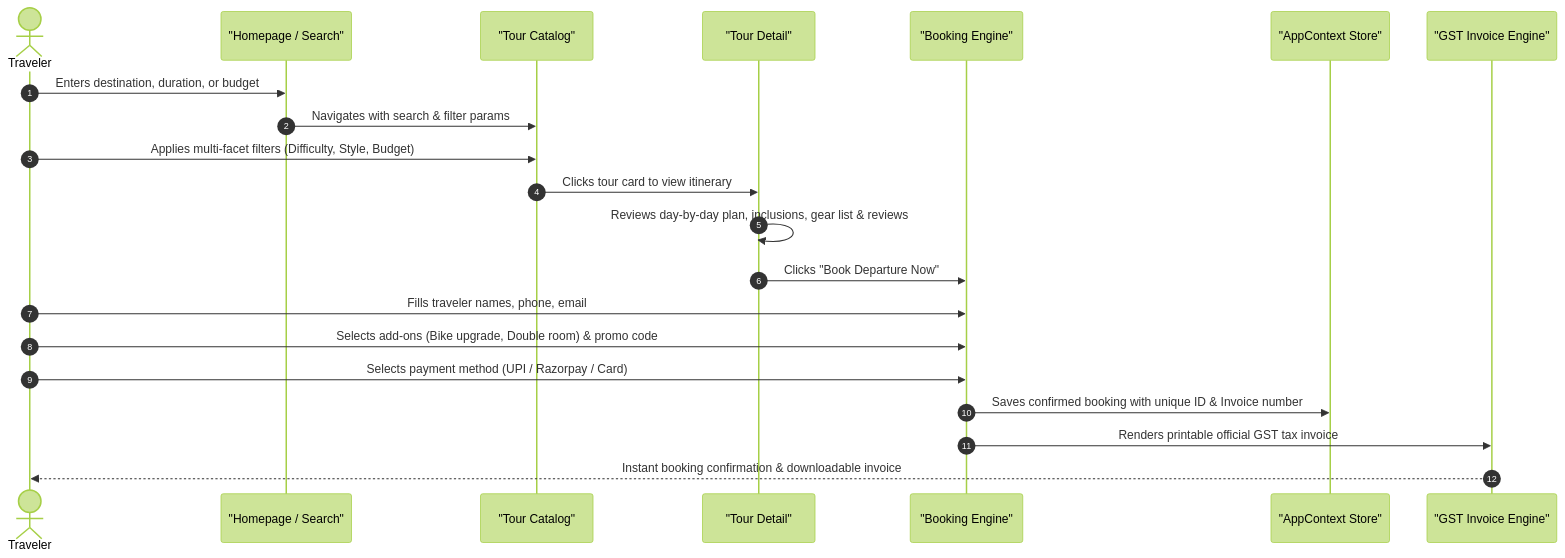
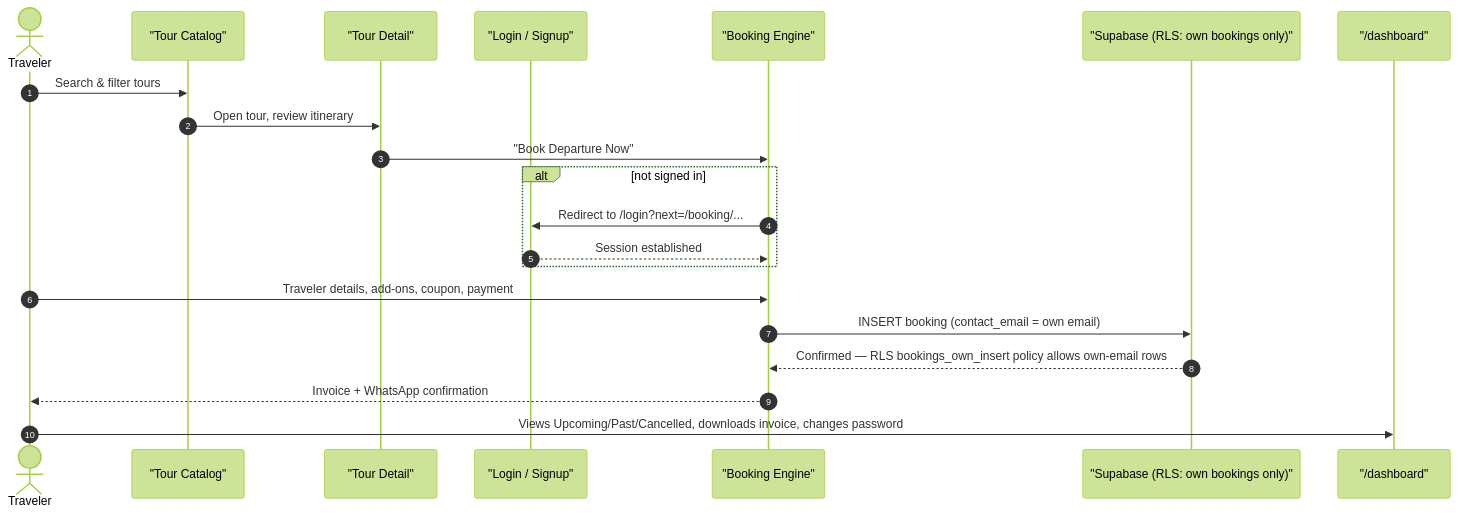
One commit to drdhavaltrivedi/humtripwale-travel changed the fifth of 7 diagrams in README.md. Above: the diagram before and after it, drawn with Mermaid (forest theme). The commit also changed other lines of this file and 25 other files, not shown here.

````diff
--- a/README.md
+++ b/README.md
@@ -219,24 +298,24 @@
 ```mermaid
 sequenceDiagram
     autonumber
-    actor Traveler as Traveler
-    participant Home as "Homepage / Search"
+    actor Traveler
     participant Catalog as "Tour Catalog"
     participant Detail as "Tour Detail"
+    participant Auth as "Login / Signup"
     participant Checkout as "Booking Engine"
-    participant Store as "AppContext Store"
-    participant Invoice as "GST Invoice Engine"
+    participant DB as "Supabase (RLS: own bookings only)"
+    participant Dash as "/dashboard"
 
-    Traveler->>Home: Enters destination, duration, or budget
-    Home->>Catalog: Navigates with search & filter params
-    Traveler->>Catalog: Applies multi-facet filters (Difficulty, Style, Budget)
-    Catalog->>Detail: Clicks tour card to view itinerary
-    Detail->>Detail: Reviews day-by-day plan, inclusions, gear list & reviews
-    Detail->>Checkout: Clicks "Book Departure Now"
-    Traveler->>Checkout: Fills traveler names, phone, email
-    Traveler->>Checkout: Selects add-ons (Bike upgrade, Double room) & promo code
-    Traveler->>Checkout: Selects payment method (UPI / Razorpay / Card)
-    Checkout->>Store: Saves confirmed booking with unique ID & Invoice number
-    Checkout->>Invoice: Renders printable official GST tax invoice
-    Invoice-->>Traveler: Instant booking confirmation & downloadable invoice
+    Traveler->>Catalog: Search & filter tours
+    Catalog->>Detail: Open tour, review itinerary
+    Detail->>Checkout: "Book Departure Now"
+    alt not signed in
+        Checkout->>Auth: Redirect to /login?next=/booking/...
+        Auth-->>Checkout: Session established
+    end
+    Traveler->>Checkout: Traveler details, add-ons, coupon, payment
+    Checkout->>DB: INSERT booking (contact_email = own email)
+    DB-->>Checkout: Confirmed — RLS bookings_own_insert policy allows own-email rows
+    Checkout-->>Traveler: Invoice + WhatsApp confirmation
+    Traveler->>Dash: Views Upcoming/Past/Cancelled, downloads invoice, changes password
 ```
````
